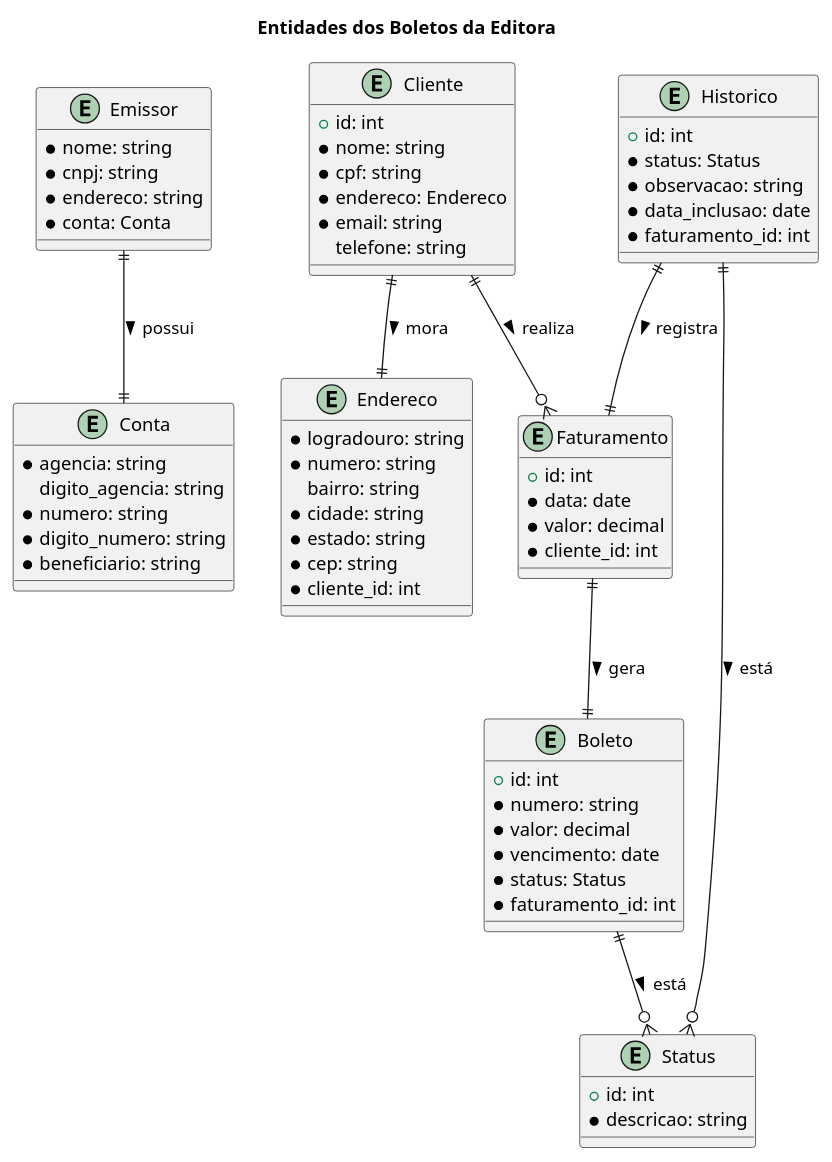
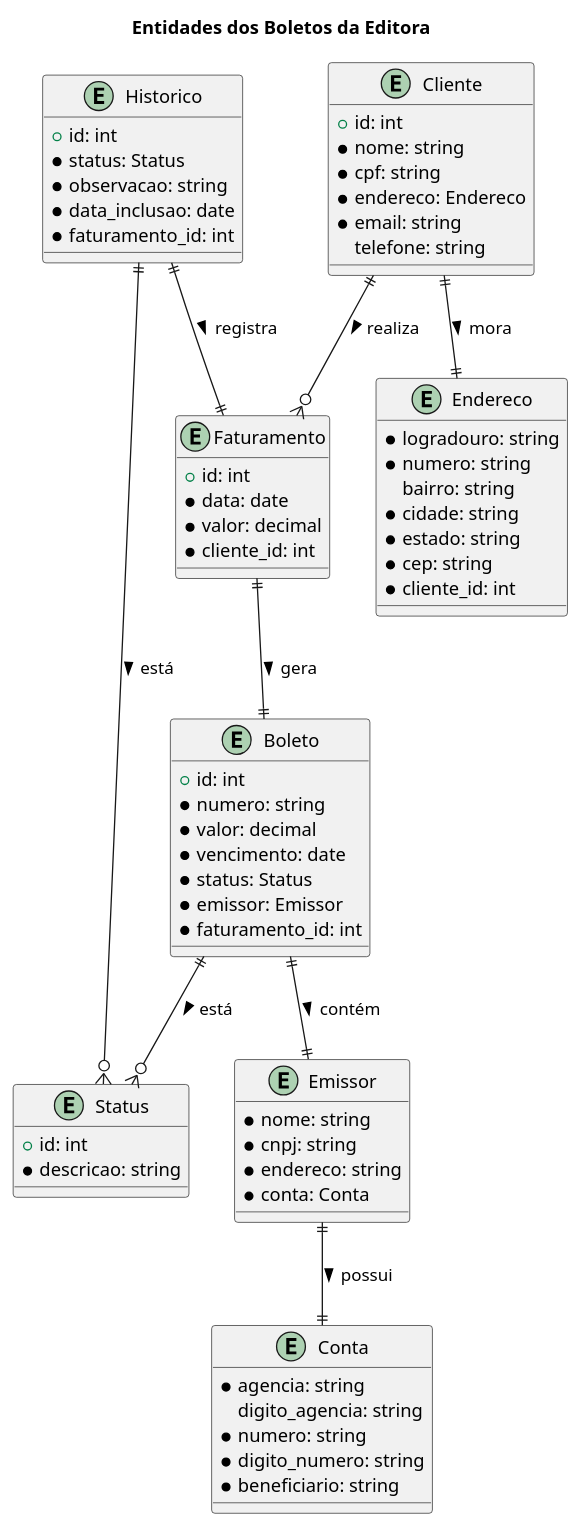
One commit to samoryfiotec/Editora changed the diagram in docs/Entidades.puml. Above: the diagram before and after it, drawn with PlantUML. The commit also changed 5 other files, not shown here.

Commit message:
Adiciona relacionamento entre Boleto e Emissor; atualiza testes para refletir mudanças nas propriedades e validações

```diff
--- a/docs/Entidades.puml
+++ b/docs/Entidades.puml
@@ -1,75 +1,77 @@
 @startuml Entidades
 title Entidades dos Boletos da Editora
 
 entity Emissor {
     *nome: string
     *cnpj: string
     *endereco: string
     *conta: Conta    
 }
 
 entity Cliente {
     +id: int
     *nome: string
     *cpf: string
     *endereco: Endereco        
     *email: string
     telefone: string
 }
 
 entity Faturamento {
     +id: int
     *data: date
     *valor: decimal
     *cliente_id: int
 }
 
 entity Boleto {
     +id: int
     *numero: string
     *valor: decimal
     *vencimento: date
     *status: Status
+    *emissor: Emissor
     *faturamento_id: int
 }
 
 entity Historico {
     +id: int
     *status: Status
     *observacao: string
     *data_inclusao: date
     *faturamento_id: int
 }
 
 entity Endereco {
     *logradouro: string
     *numero: string
     bairro: string
     *cidade: string
     *estado: string
     *cep: string
     *cliente_id: int
 }
 
 entity Conta {
     *agencia: string
     digito_agencia: string
     *numero: string
     *digito_numero: string
     *beneficiario: string
 }
 
 entity Status {
     +id: int
     *descricao: string
 }
 
 Emissor ||--|| Conta : possui >
 Cliente ||--|| Endereco : mora >
 Cliente ||--o{ Faturamento : realiza >
 Faturamento ||--|| Boleto : gera >
 Boleto ||--o{ Status : está >
+Boleto ||--|| Emissor : contém >
 Historico ||--|| Faturamento : registra >
 Historico||--o{ Status : está >
 
 @enduml
```
